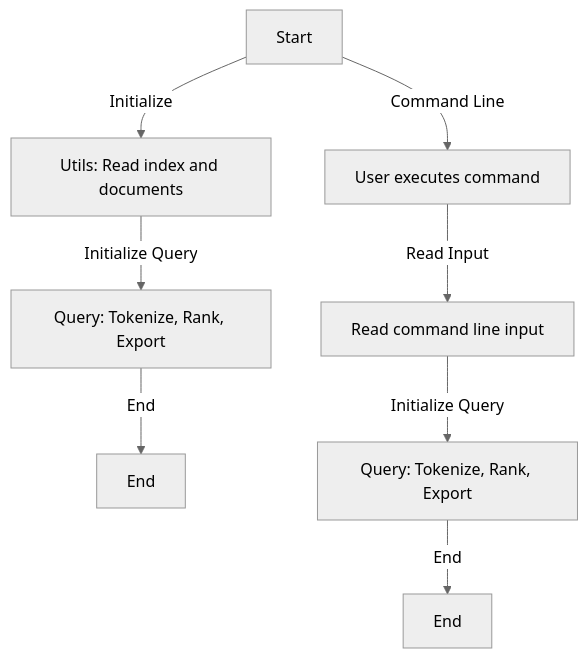
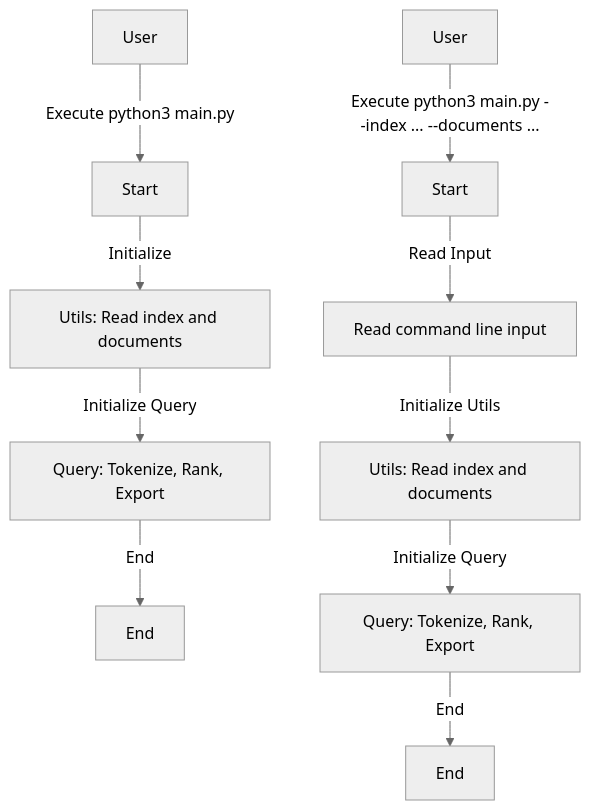
One commit to odi77/web-query-expansion changed the diagram in README.md. Above: the diagram before and after it, drawn with Mermaid (neutral theme).

Commit message:
README update

````diff
--- a/README.md
+++ b/README.md
@@ -7,11 +7,13 @@
 ```mermaid
-graph TD;
-  A[Start] -->|Initialize| B[Utils: Read index and documents];
-  B -->|Initialize Query| C[Query: Tokenize, Rank, Export];
-  C -->|End| D[End];
+graph TB;
+  A[User] -->|Execute python3 main.py| B[Start];
+  B -->|Initialize| C[Utils: Read index and documents];
+  C -->|Initialize Query| D[Query: Tokenize, Rank, Export];
+  D -->|End| E[End];
 
-  A -->|Command Line| E[User executes command];
-  E -->|Read Input| F[Read command line input];
-  F -->|Initialize Query| G[Query: Tokenize, Rank, Export];
-  G -->|End| H[End];
+  F[User] -->|Execute python3 main.py --index ... --documents ...| G[Start];
+  G -->|Read Input| H[Read command line input];
+  H -->|Initialize Utils| I[Utils: Read index and documents];
+  I -->|Initialize Query| J[Query: Tokenize, Rank, Export];
+  J -->|End| K[End];
 ```
````
